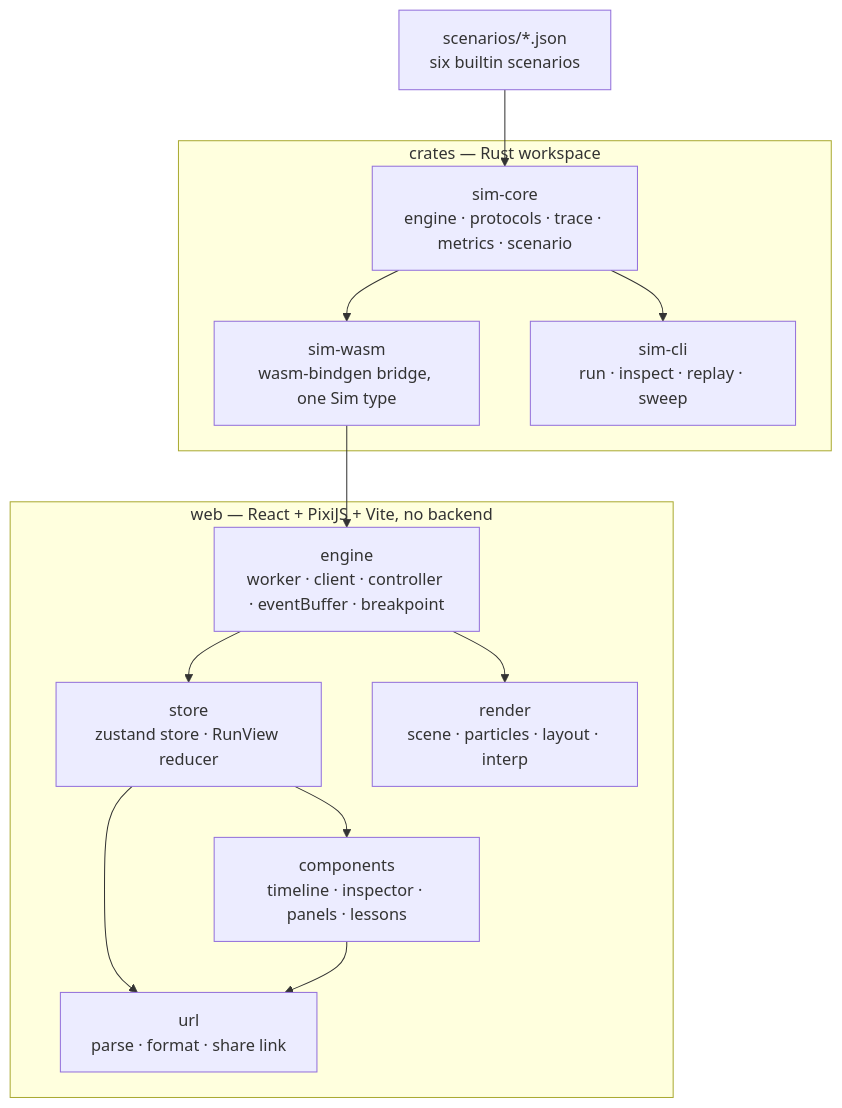
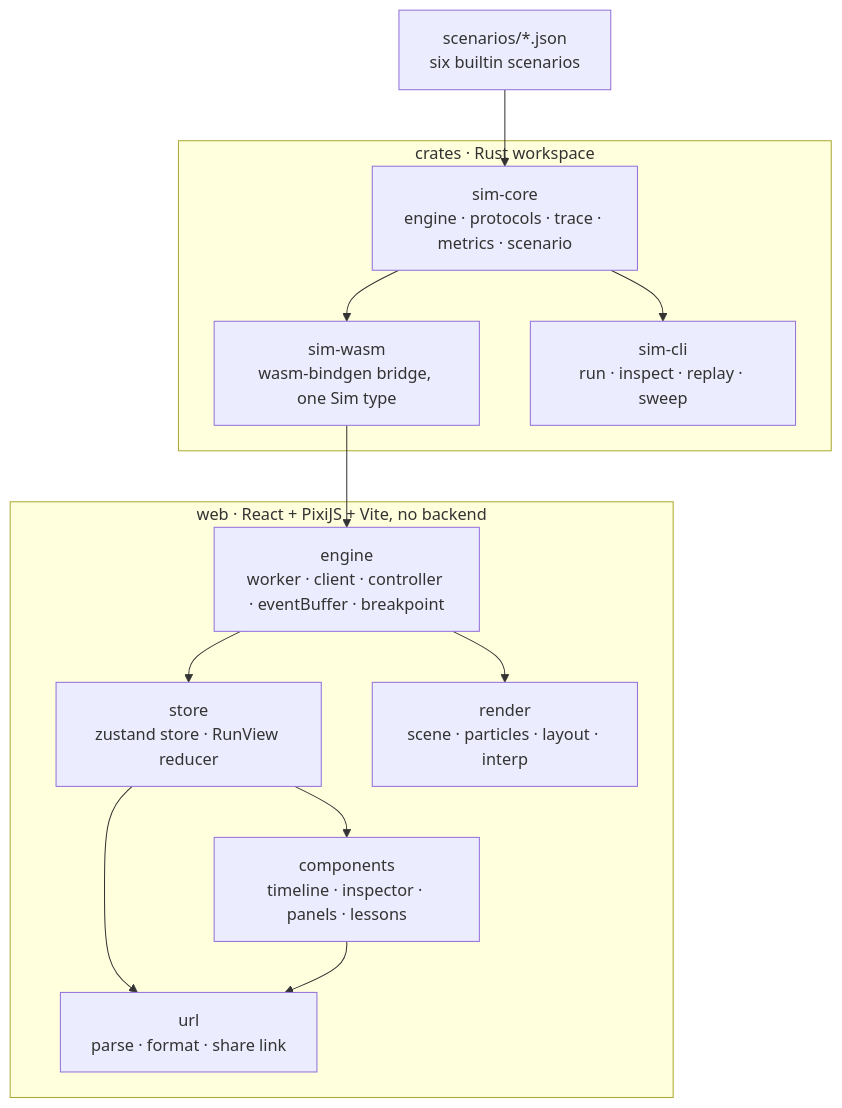
The second of 6 diagrams in docs/architecture.md (AkashJana18/solana-consensus-lab), drawn with Mermaid before and after one commit. The commit also changed other lines of this file and 5 other files, not shown here.

````diff
--- a/docs/architecture.md
+++ b/docs/architecture.md
@@ -50,22 +50,22 @@
 ```mermaid
 flowchart TB
-    subgraph CRATES["crates — Rust workspace"]
+    subgraph CRATES["crates · Rust workspace"]
         CORE["sim-core<br/>engine · protocols · trace · metrics · scenario"]
         WASM["sim-wasm<br/>wasm-bindgen bridge, one Sim type"]
         CLI["sim-cli<br/>run · inspect · replay · sweep"]
     end
-    subgraph WEB["web — React + PixiJS + Vite, no backend"]
+    subgraph WEB["web · React + PixiJS + Vite, no backend"]
         ENG["engine<br/>worker · client · controller · eventBuffer · breakpoint"]
         STORE["store<br/>zustand store · RunView reducer"]
         REND["render<br/>scene · particles · layout · interp"]
         COMP["components<br/>timeline · inspector · panels · lessons"]
         URL["url<br/>parse · format · share link"]
     end
     SC["scenarios/*.json<br/>six builtin scenarios"] --> CORE
     CORE --> WASM --> ENG
     CORE --> CLI
     ENG --> STORE --> COMP
     ENG --> REND
     STORE --> URL
     COMP --> URL
 ```
````
